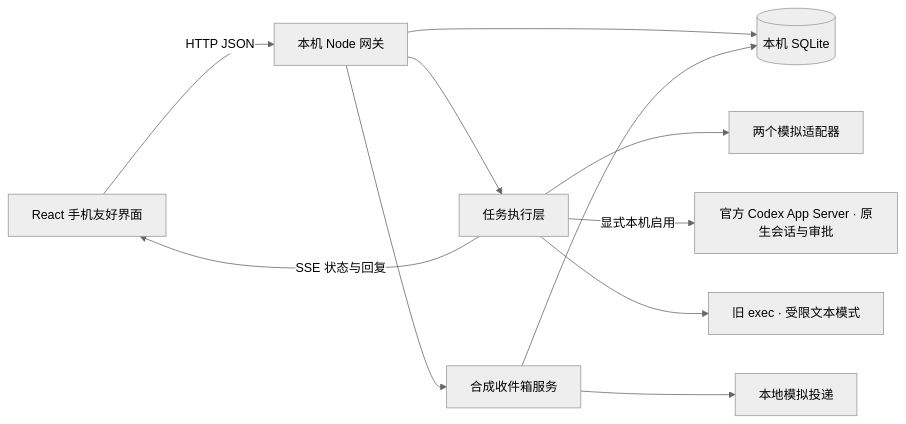
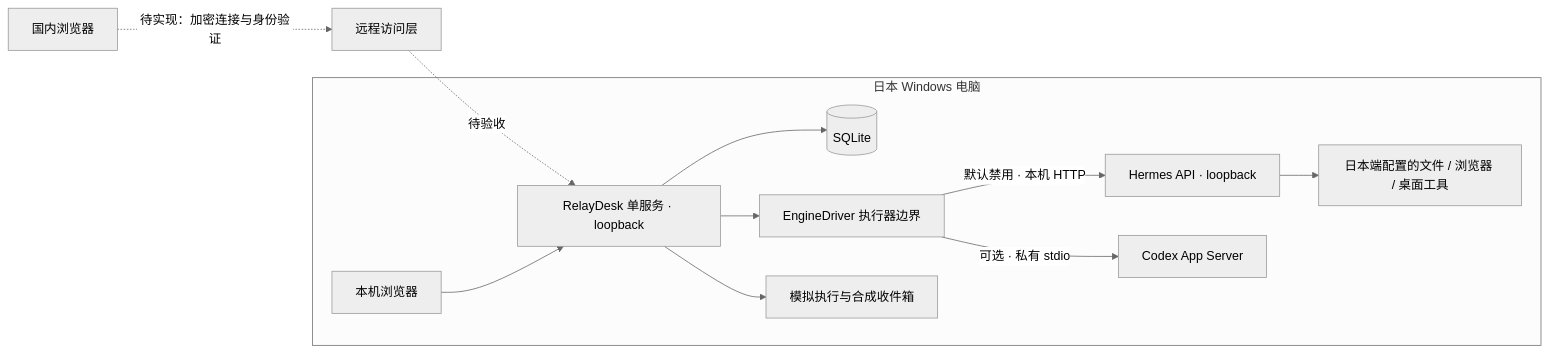
One commit to JohnShinsei/relaydesk changed the diagram in docs/architecture.md. Above: the diagram before and after it, drawn with Mermaid (neutral theme). The commit also changed other lines of this file and 29 other files, not shown here.

Commit message:
Refactor execution boundary and add local Hermes task adapter

````diff
--- a/docs/architecture.md
+++ b/docs/architecture.md
@@ -7,13 +9,14 @@
 ```mermaid
 flowchart LR
-  UI[React 手机友好界面] -->|HTTP JSON| API[本机 Node 网关]
-  API --> DB[(本机 SQLite)]
-  API --> Runner[任务执行层]
-  API --> Inbox[合成收件箱服务]
-  Inbox --> DB
-  Inbox --> MockDelivery[本地模拟投递]
-  Runner --> Mock[两个模拟适配器]
-  Runner -->|显式本机启用| Codex[官方 Codex App Server · 原生会话与审批]
-  Runner --> Legacy[旧 exec · 受限文本模式]
-  Runner -->|SSE 状态与回复| UI
+  Browser[国内浏览器] -. 待实现：加密连接与身份验证 .-> Access[远程访问层]
+  Access -. 待验收 .-> Service
+  subgraph Japan[日本 Windows 电脑]
+    Local[本机浏览器] --> Service[RelayDesk 单服务 · loopback]
+    Service --> DB[(SQLite)]
+    Service --> Engines[EngineDriver 执行器边界]
+    Engines -->|默认禁用 · 本机 HTTP| Hermes[Hermes API · loopback]
+    Engines -->|可选 · 私有 stdio| Codex[Codex App Server]
+    Service --> Mock[模拟执行与合成收件箱]
+    Hermes --> Tools[日本端配置的文件 / 浏览器 / 桌面工具]
+  end
 ```
````
